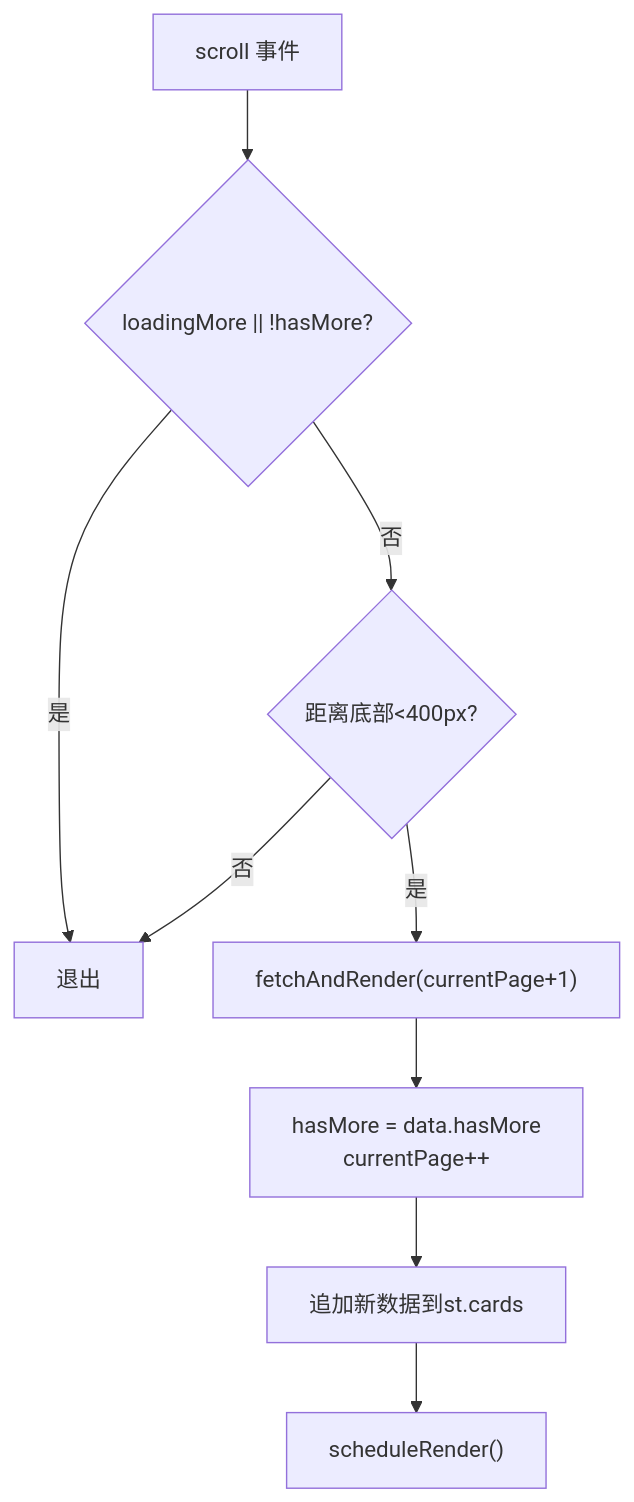
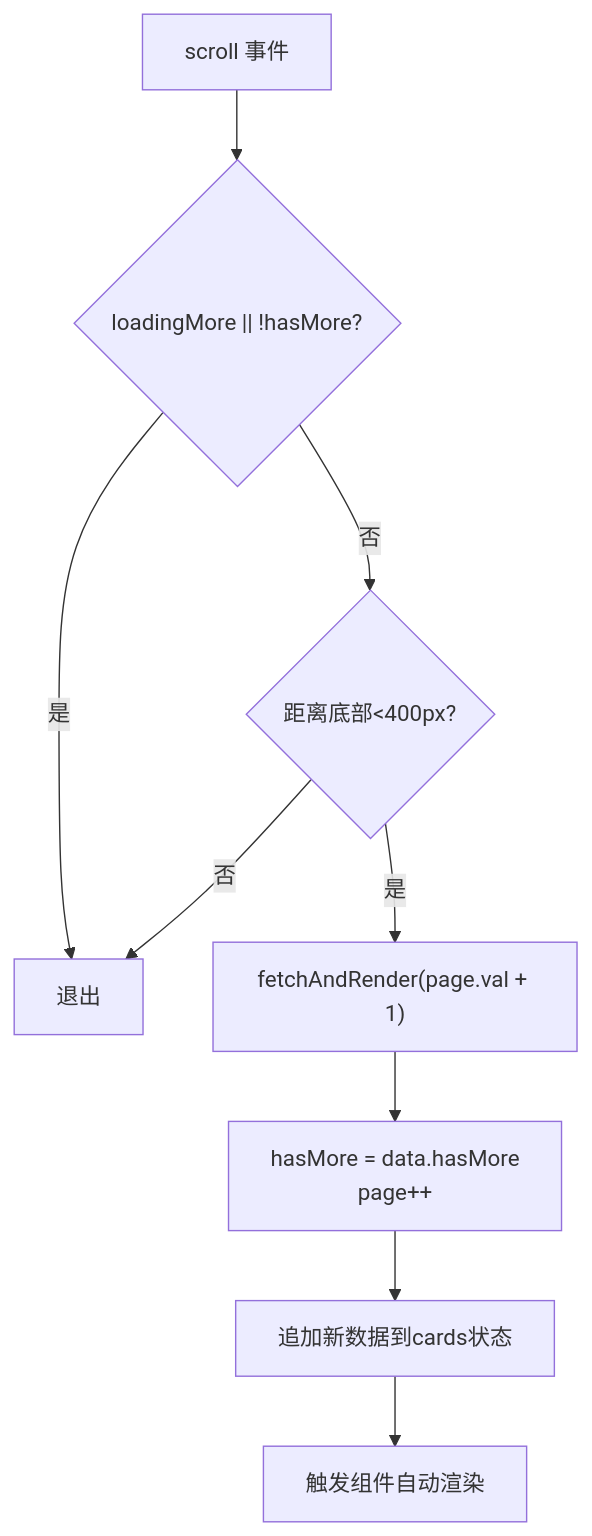
One commit to BlackBoxRecorder/memos changed the ninth of 14 diagrams in .qoder/repowiki/zh/content/核心功能/瀑布流展示系统.md. Above: the diagram before and after it, drawn with Mermaid. The commit also changed other lines of this file and 10 other files, not shown here.

````diff
--- a/.qoder/repowiki/zh/content/核心功能/瀑布流展示系统.md
+++ b/.qoder/repowiki/zh/content/核心功能/瀑布流展示系统.md
@@ -186,11 +351,11 @@
 ```mermaid
 flowchart TD
 Scroll["scroll 事件"] --> CheckLoading{"loadingMore || !hasMore?"}
 CheckLoading --> |是| Exit["退出"]
 CheckLoading --> |否| NearBottom{"距离底部<400px?"}
 NearBottom --> |否| Exit
-NearBottom --> |是| Load["fetchAndRender(currentPage+1)"]
-Load --> Update["hasMore = data.hasMore<br/>currentPage++"]
-Update --> Append["追加新数据到st.cards"]
-Append --> Render["scheduleRender()"]
+NearBottom --> |是| Load["fetchAndRender(page.val + 1)"]
+Load --> Update["hasMore = data.hasMore<br/>page++"]
+Update --> Append["追加新数据到cards状态"]
+Append --> Render["触发组件自动渲染"]
 ```
````
